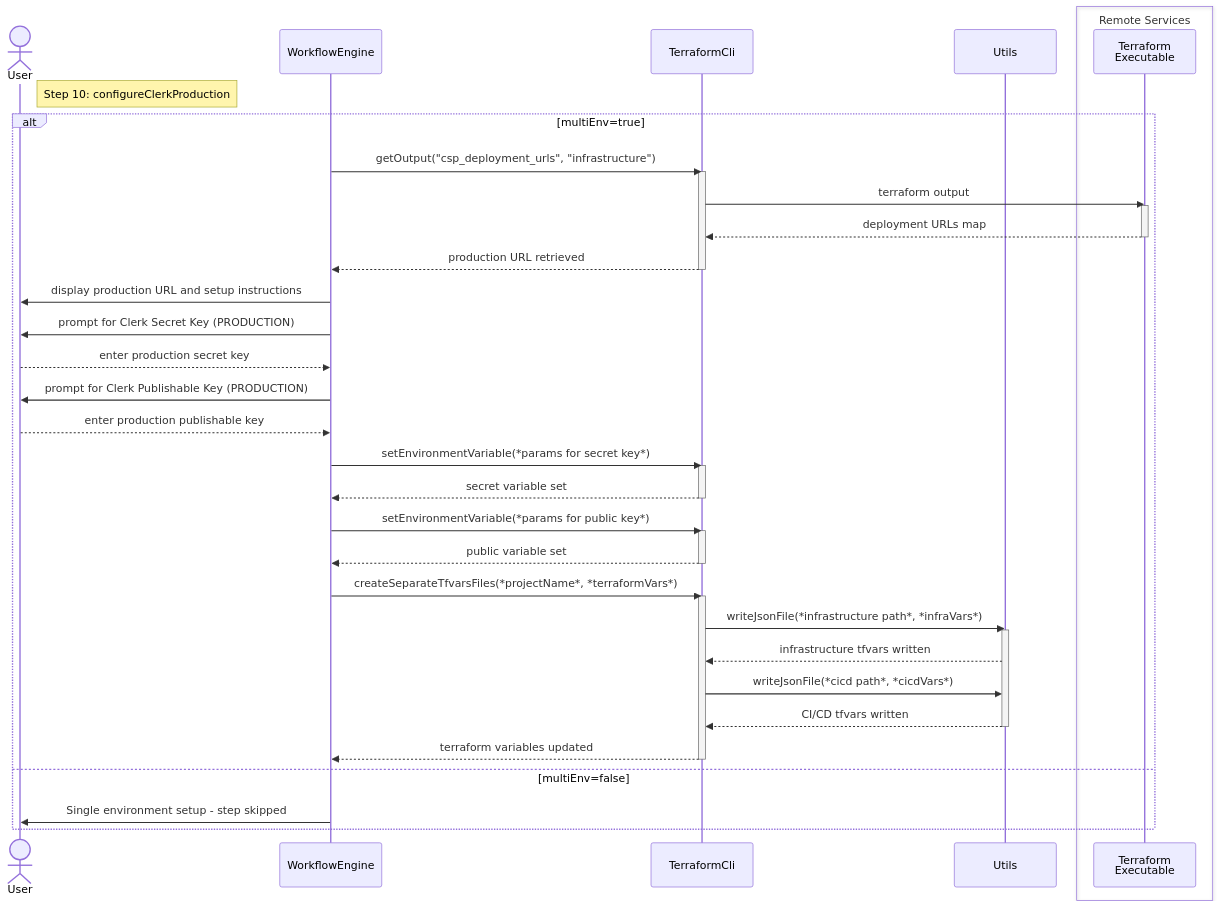
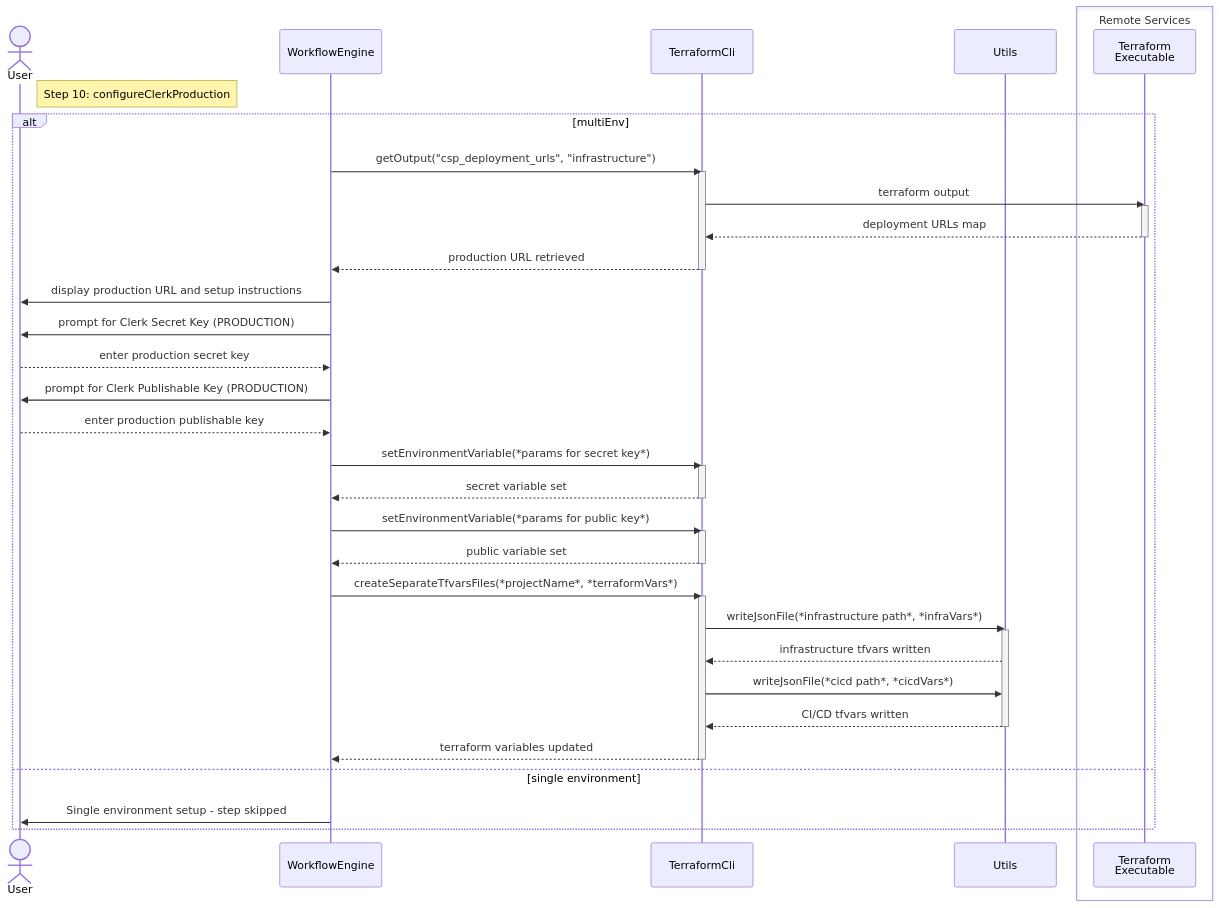
Before and after one commit to oscarmarcussen/master_diagram: the diagram in sequence_diagrams/10_configureClerkProduction.mmd, drawn with Mermaid. The commit also changed 1 other file, not shown here.

```diff
--- a/sequence_diagrams/10_configureClerkProduction.mmd
+++ b/sequence_diagrams/10_configureClerkProduction.mmd
@@ -1,58 +1,58 @@
 ---
 config:
   theme: default
   look: classic
 ---
 sequenceDiagram
     actor User
     participant WE as WorkflowEngine
     participant TF as TerraformCli
     participant Utils
     
     box Remote Services
     participant TFExec as Terraform<br>Executable
     end
     
     note right of User: Step 10: configureClerkProduction
     
-    alt multiEnv=true
+    alt multiEnv
         WE->>TF: getOutput("csp_deployment_urls", "infrastructure")
         activate TF
         TF->>TFExec: terraform output
         activate TFExec
         TFExec-->>TF: deployment URLs map
         deactivate TFExec
         TF-->>WE: production URL retrieved
         deactivate TF
         
         WE->>User: display production URL and setup instructions
         WE->>User: prompt for Clerk Secret Key (PRODUCTION)
         User-->>WE: enter production secret key
         
         WE->>User: prompt for Clerk Publishable Key (PRODUCTION)
         User-->>WE: enter production publishable key
         
         WE->>TF: setEnvironmentVariable(*params for secret key*)
         activate TF
         TF-->>WE: secret variable set
         deactivate TF
         
         WE->>TF: setEnvironmentVariable(*params for public key*)
         activate TF
         TF-->>WE: public variable set
         deactivate TF
         
         WE->>TF: createSeparateTfvarsFiles(*projectName*, *terraformVars*)
         activate TF
         TF->>Utils: writeJsonFile(*infrastructure path*, *infraVars*)
         activate Utils
         Utils-->>TF: infrastructure tfvars written
         TF->>Utils: writeJsonFile(*cicd path*, *cicdVars*)
         Utils-->>TF: CI/CD tfvars written
         deactivate Utils
         TF-->>WE: terraform variables updated
         deactivate TF
         
-    else multiEnv=false
+    else single environment
         WE->>User: Single environment setup - step skipped
     end
```
